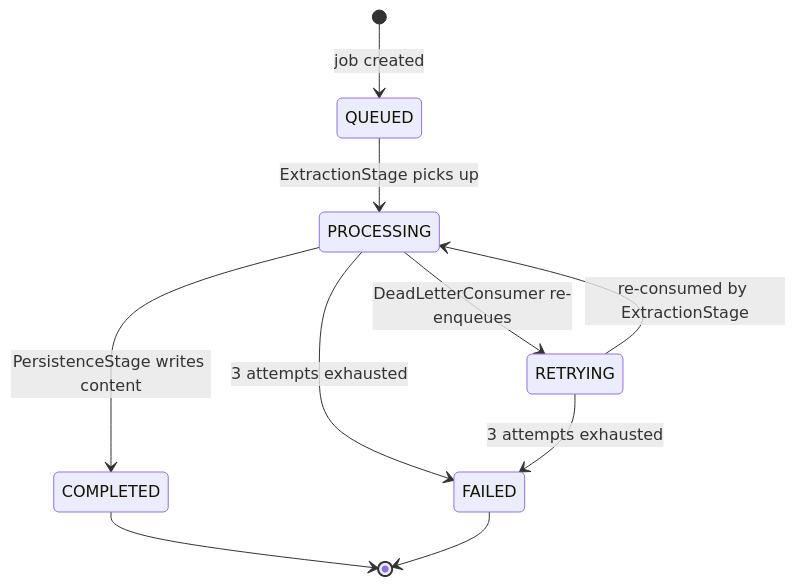
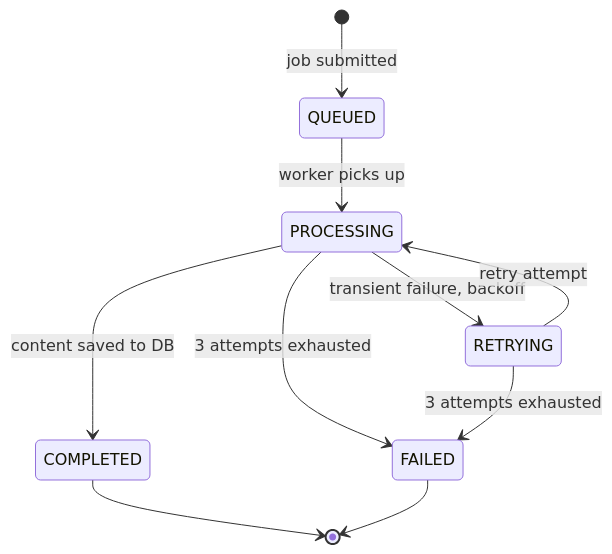
One commit to kusum-bhattarai/github-to-portfolio changed the fifth of 5 diagrams in README.md. Above: the diagram before and after it, drawn with Mermaid. The commit also changed other lines of this file, not shown here.

````diff
--- a/README.md
+++ b/README.md
@@ -187,12 +178,12 @@
 ```mermaid
 stateDiagram-v2
-    [*] --> QUEUED : job created
-    QUEUED --> PROCESSING : ExtractionStage picks up
-    PROCESSING --> COMPLETED : PersistenceStage writes content
-    PROCESSING --> RETRYING : DeadLetterConsumer re-enqueues
-    RETRYING --> PROCESSING : re-consumed by ExtractionStage
+    [*] --> QUEUED : job submitted
+    QUEUED --> PROCESSING : worker picks up
+    PROCESSING --> COMPLETED : content saved to DB
+    PROCESSING --> RETRYING : transient failure, backoff
+    RETRYING --> PROCESSING : retry attempt
     PROCESSING --> FAILED : 3 attempts exhausted
     RETRYING --> FAILED : 3 attempts exhausted
     COMPLETED --> [*]
     FAILED --> [*]
 ```
````
